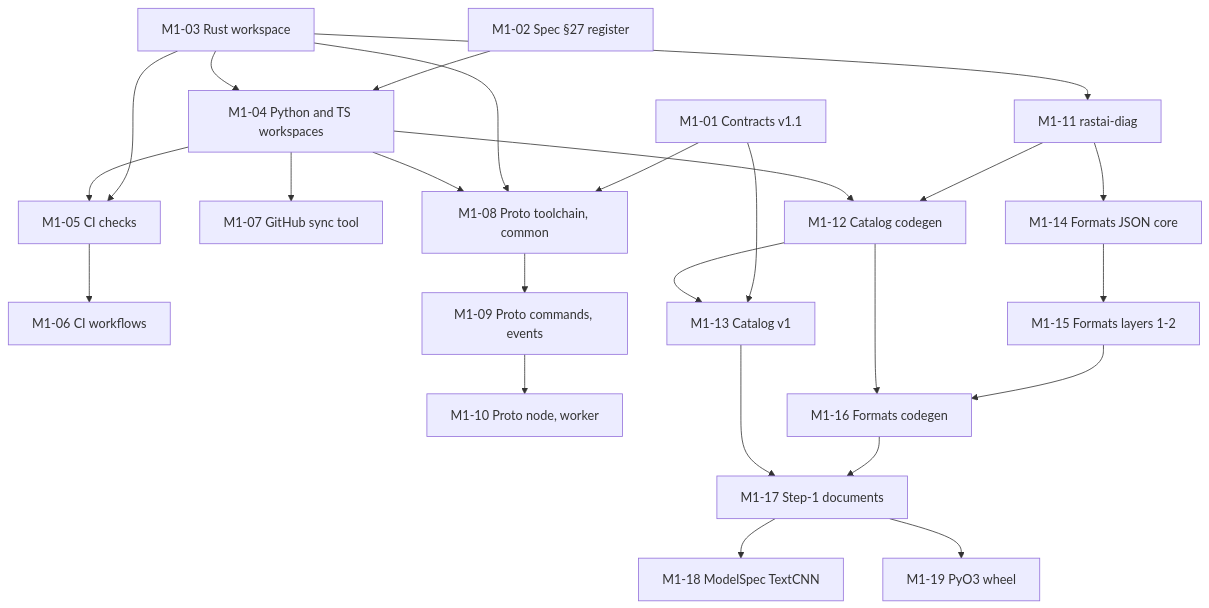
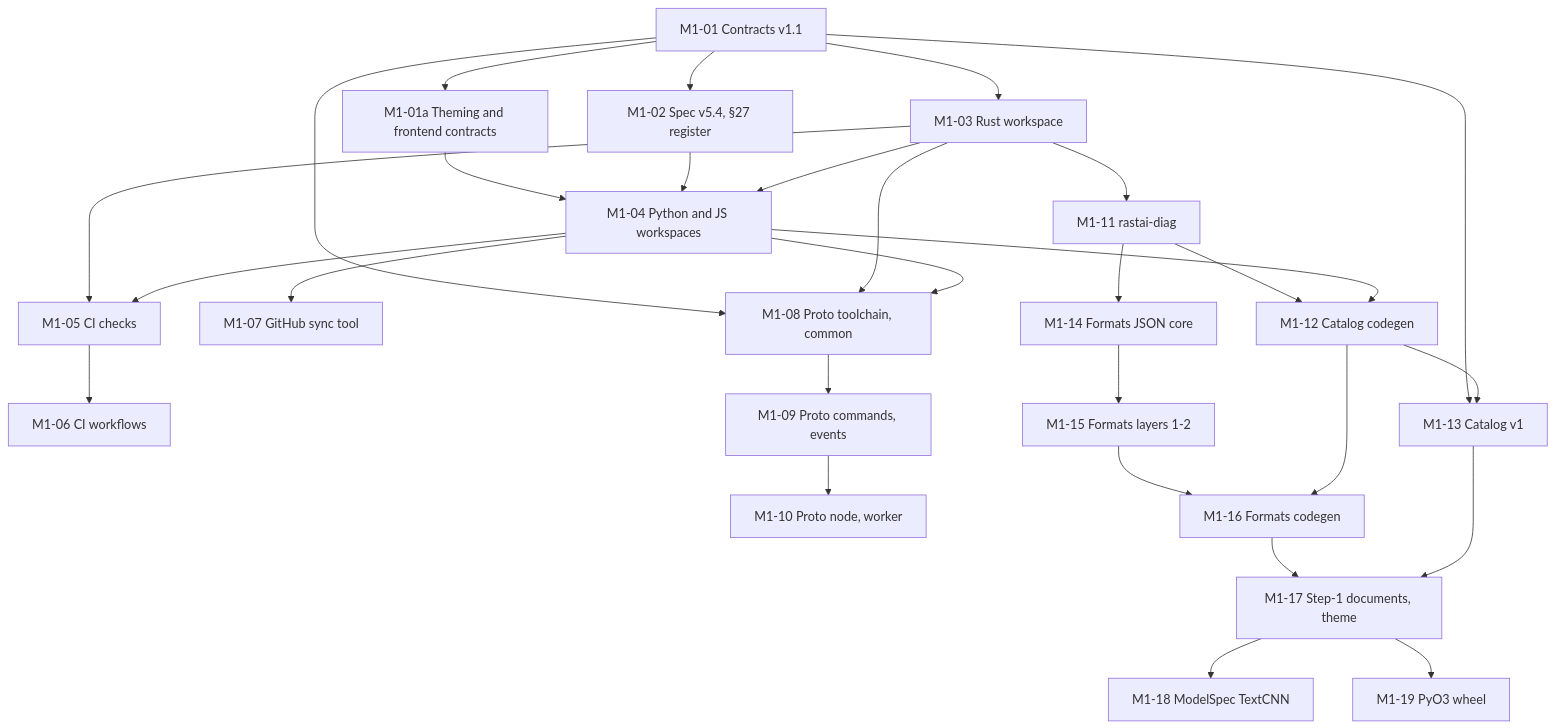
Before and after one commit to Snubiss/RASTAI-Research-Studio: the second of 6 diagrams in docs/plan/implementation-plan.md, drawn with Mermaid. The commit also changed other lines of this file and 44 other files, not shown here.

First line of the commit message:
Apply owner decisions: contracts v1.1, spec v5.4, archive, plain JS

````diff
--- a/docs/plan/implementation-plan.md
+++ b/docs/plan/implementation-plan.md
@@ -302,46 +329,51 @@
 ```mermaid
 flowchart TD
   M1_01["M1-01 Contracts v1.1"]
-  M1_02["M1-02 Spec §27 register"]
+  M1_01a["M1-01a Theming and frontend contracts"]
+  M1_02["M1-02 Spec v5.4, §27 register"]
   M1_03["M1-03 Rust workspace"]
-  M1_04["M1-04 Python and TS workspaces"]
+  M1_04["M1-04 Python and JS workspaces"]
   M1_05["M1-05 CI checks"]
   M1_06["M1-06 CI workflows"]
   M1_07["M1-07 GitHub sync tool"]
   M1_08["M1-08 Proto toolchain, common"]
   M1_09["M1-09 Proto commands, events"]
   M1_10["M1-10 Proto node, worker"]
   M1_11["M1-11 rastai-diag"]
   M1_12["M1-12 Catalog codegen"]
   M1_13["M1-13 Catalog v1"]
   M1_14["M1-14 Formats JSON core"]
   M1_15["M1-15 Formats layers 1-2"]
   M1_16["M1-16 Formats codegen"]
-  M1_17["M1-17 Step-1 documents"]
+  M1_17["M1-17 Step-1 documents, theme"]
   M1_18["M1-18 ModelSpec TextCNN"]
   M1_19["M1-19 PyO3 wheel"]
+  M1_01 --> M1_01a
+  M1_01 --> M1_02
+  M1_01 --> M1_03
+  M1_01a --> M1_04
   M1_02 --> M1_04
   M1_03 --> M1_04
   M1_03 --> M1_05
   M1_04 --> M1_05
   M1_05 --> M1_06
   M1_04 --> M1_07
   M1_01 --> M1_08
   M1_03 --> M1_08
   M1_04 --> M1_08
   M1_08 --> M1_09
   M1_09 --> M1_10
   M1_03 --> M1_11
   M1_11 --> M1_12
   M1_04 --> M1_12
   M1_01 --> M1_13
   M1_12 --> M1_13
   M1_11 --> M1_14
   M1_14 --> M1_15
   M1_15 --> M1_16
   M1_12 --> M1_16
   M1_16 --> M1_17
   M1_13 --> M1_17
   M1_17 --> M1_18
   M1_17 --> M1_19
 ```
````
